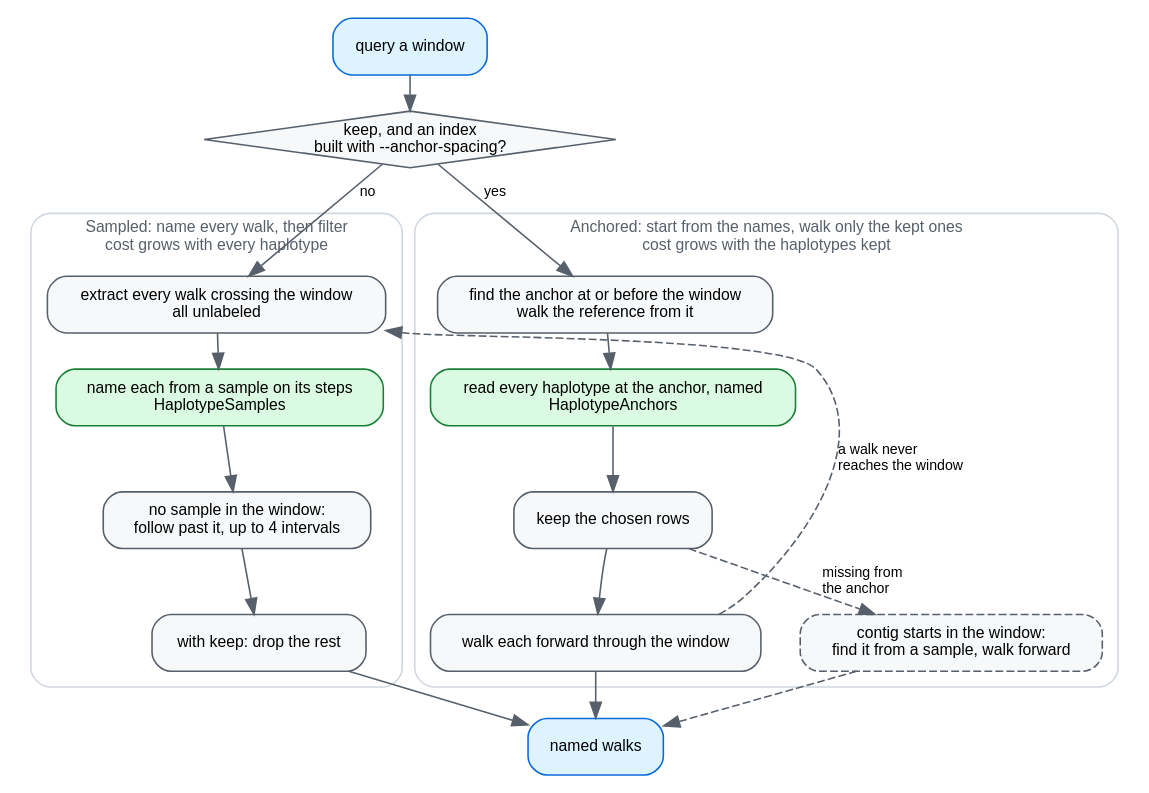
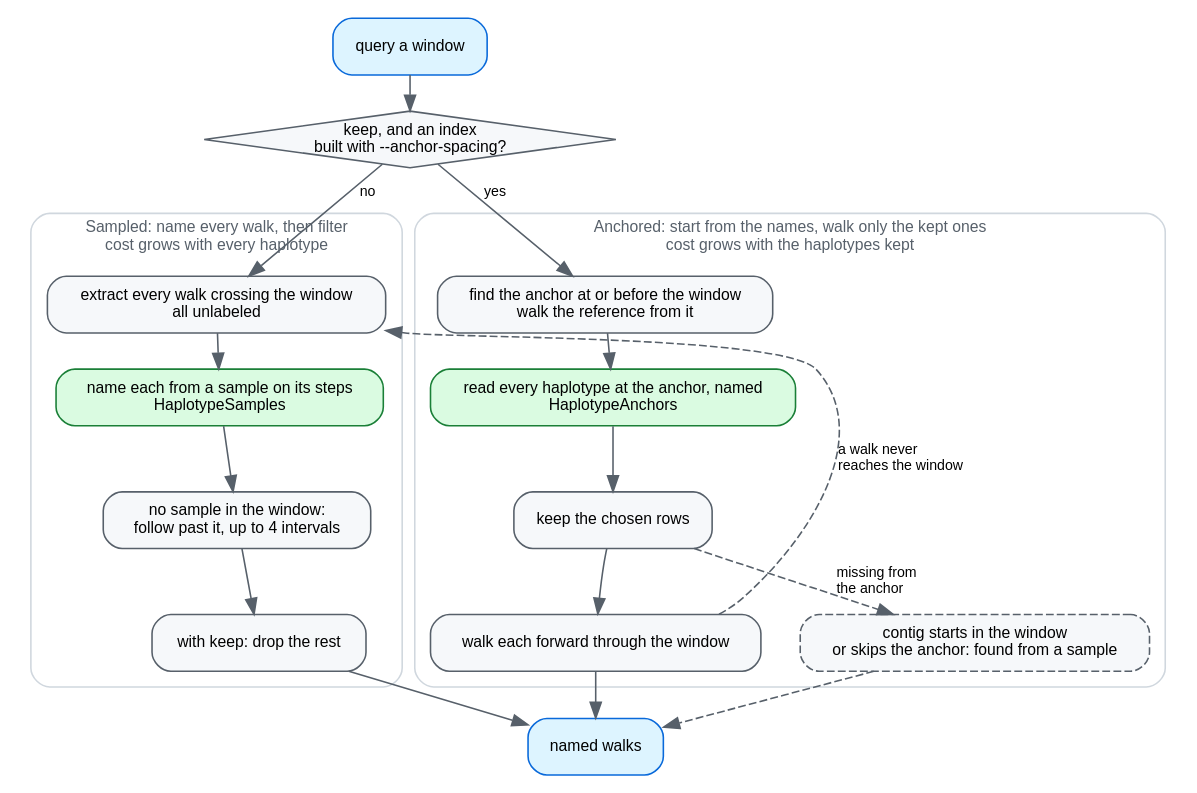
The diagram in docs/img/naming-routes.dot (GMOD/gbz-base-js), drawn with Graphviz before and after one commit. The commit also changed 3 other files, not shown here.

```diff
--- a/docs/img/naming-routes.dot
+++ b/docs/img/naming-routes.dot
@@ -1,60 +1,60 @@
 // Source for docs/img/naming-routes.svg, which docs/haplotype-index.md embeds.
 // Regenerate with: dot -Tsvg docs/img/naming-routes.dot -o docs/img/naming-routes.svg
 // Palette matches dataflow.dot.
 digraph namingroutes {
   rankdir=TB
   bgcolor="white"
   nodesep=0.35
   ranksep=0.3
   newrank=true
   node [shape=box style="filled,rounded" fillcolor="#f6f8fa" color="#57606a"
         fontname="Helvetica" fontsize=10 margin="0.14,0.07"]
   edge [color="#57606a" fontname="Helvetica" fontsize=9]
 
   query  [label="query a window" fillcolor="#ddf4ff" color="#0969da"]
   choose [label="keep, and an index\nbuilt with --anchor-spacing?" shape=diamond style=filled margin="0.02,0.02"]
   out    [label="named walks" fillcolor="#ddf4ff" color="#0969da"]
 
   query -> choose
 
   subgraph cluster_sampled {
     label="Sampled: name every walk, then filter\ncost grows with every haplotype"
     labelloc="t"
     fontname="Helvetica"
     fontsize=10
     fontcolor="#57606a"
     color="#d0d7de"
     style="rounded"
     margin=10
     s1 [label="extract every walk crossing the window\nall unlabeled"]
     s2 [label="name each from a sample on its steps\nHaplotypeSamples" fillcolor="#dafbe1" color="#1a7f37"]
     s3 [label="no sample in the window:\nfollow past it, up to 4 intervals"]
     s4 [label="with keep: drop the rest"]
     s1 -> s2 -> s3 -> s4
   }
 
   subgraph cluster_anchored {
     label="Anchored: start from the names, walk only the kept ones\ncost grows with the haplotypes kept"
     labelloc="t"
     fontname="Helvetica"
     fontsize=10
     fontcolor="#57606a"
     color="#d0d7de"
     style="rounded"
     margin=10
     a1 [label="find the anchor at or before the window\nwalk the reference from it"]
     a2 [label="read every haplotype at the anchor, named\nHaplotypeAnchors" fillcolor="#dafbe1" color="#1a7f37"]
     a3 [label="keep the chosen rows"]
     a4 [label="walk each forward through the window"]
-    a5 [label="contig starts in the window:\nfind it from a sample, walk forward" style="dashed,rounded,filled"]
+    a5 [label="contig starts in the window\nor skips the anchor: found from a sample" style="dashed,rounded,filled"]
     a1 -> a2 -> a3 -> a4
     a3 -> a5 [style=dashed label=" missing from\l the anchor\l"]
   }
 
   choose -> s1 [label=" no "]
   choose -> a1 [label=" yes "]
   a4 -> s1 [style=dashed constraint=false label=" a walk never\l reaches the window\l"]
   s4 -> out
   a4 -> out
   a5 -> out [style=dashed]
 }
```
